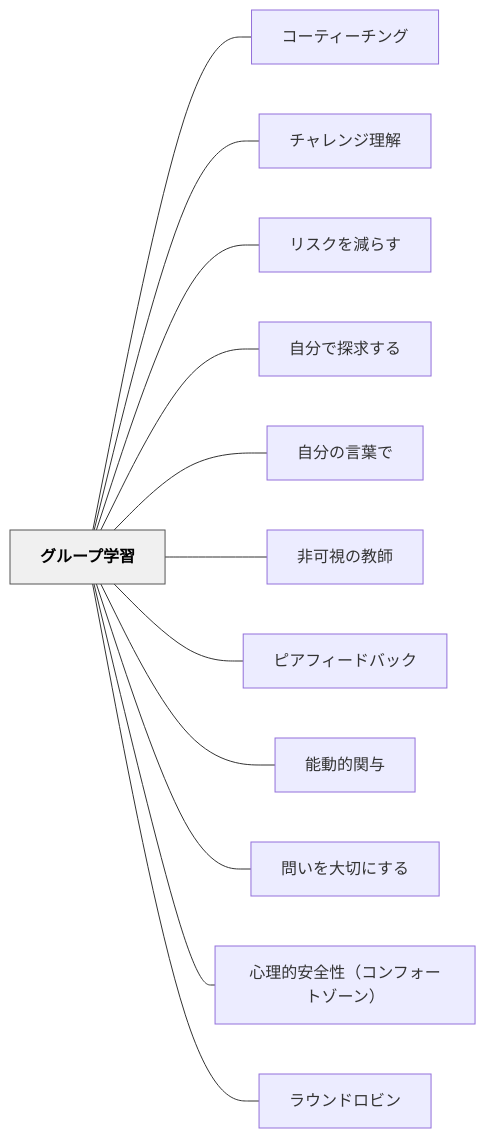
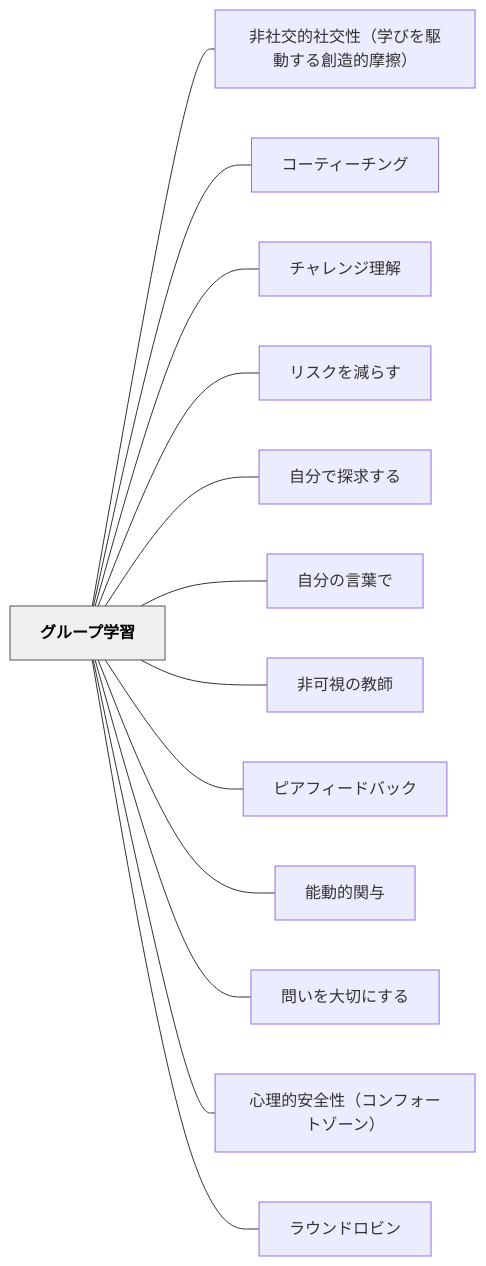
Before and after one commit to unknownthings-ed-patterns/unknownthings-ed-patterns: the diagram in content/パタン/グループ学習.md, drawn with Mermaid. The commit also changed other lines of this file and 14 other files, not shown here.

````diff
--- a/content/パタン/グループ学習.md
+++ b/content/パタン/グループ学習.md
@@ -92,30 +93,32 @@
 ```mermaid
 flowchart LR
     ne382b0e383abe383bce38397e5ada6e7bf92["グループ学習"]
+    ne99d9ee7a4bee4baa4e79a84e7a4bee4baa4e680a7efbc88e5ada6e381b3e38292e9a786e58b95e38199e3828be589b5e980a0e79a84e691a9e693a6efbc89["非社交的社交性（学びを駆動する創造的摩擦）"]
     ne382b3e383bce38386e382a3e383bce38381e383b3e382b0["コーティーチング"]
     ne38381e383a3e383ace383b3e382b8e79086e8a7a3["チャレンジ理解"]
     ne383aae382b9e382afe38292e6b89be38289e38199["リスクを減らす"]
     ne887aae58886e381a7e68ea2e6b182e38199e3828b["自分で探求する"]
     ne887aae58886e381aee8a880e89189e381a7["自分の言葉で"]
     ne99d9ee58fafe8a696e381aee69599e5b8ab["非可視の教師"]
     ne38394e382a2e38395e382a3e383bce38389e38390e38383e382af["ピアフィードバック"]
     ne883bde58b95e79a84e996a2e4b88e["能動的関与"]
     ne5958fe38184e38292e5a4a7e58887e381abe38199e3828b["問いを大切にする"]
     ne5bf83e79086e79a84e5ae89e585a8e680a7efbc88e382b3e383b3e38395e382a9e383bce38388e382bee383bce383b3efbc89["心理的安全性（コンフォートゾーン）"]
     ne383a9e382a6e383b3e38389e383ade38393e383b3["ラウンドロビン"]
 
+    ne382b0e383abe383bce38397e5ada6e7bf92 --- ne99d9ee7a4bee4baa4e79a84e7a4bee4baa4e680a7efbc88e5ada6e381b3e38292e9a786e58b95e38199e3828be589b5e980a0e79a84e691a9e693a6efbc89
     ne382b0e383abe383bce38397e5ada6e7bf92 --- ne382b3e383bce38386e382a3e383bce38381e383b3e382b0
     ne382b0e383abe383bce38397e5ada6e7bf92 --- ne38381e383a3e383ace383b3e382b8e79086e8a7a3
     ne382b0e383abe383bce38397e5ada6e7bf92 --- ne383aae382b9e382afe38292e6b89be38289e38199
     ne382b0e383abe383bce38397e5ada6e7bf92 --- ne887aae58886e381a7e68ea2e6b182e38199e3828b
     ne382b0e383abe383bce38397e5ada6e7bf92 --- ne887aae58886e381aee8a880e89189e381a7
     ne382b0e383abe383bce38397e5ada6e7bf92 --- ne99d9ee58fafe8a696e381aee69599e5b8ab
     ne382b0e383abe383bce38397e5ada6e7bf92 --- ne38394e382a2e38395e382a3e383bce38389e38390e38383e382af
     ne382b0e383abe383bce38397e5ada6e7bf92 --- ne883bde58b95e79a84e996a2e4b88e
     ne382b0e383abe383bce38397e5ada6e7bf92 --- ne5958fe38184e38292e5a4a7e58887e381abe38199e3828b
     ne382b0e383abe383bce38397e5ada6e7bf92 --- ne5bf83e79086e79a84e5ae89e585a8e680a7efbc88e382b3e383b3e38395e382a9e383bce38388e382bee383bce383b3efbc89
     ne382b0e383abe383bce38397e5ada6e7bf92 --- ne383a9e382a6e383b3e38389e383ade38393e383b3
 
     classDef hub fill:#f0f0f0,stroke:#555,color:#000,font-weight:bold
     class ne382b0e383abe383bce38397e5ada6e7bf92 hub
 ```
````
